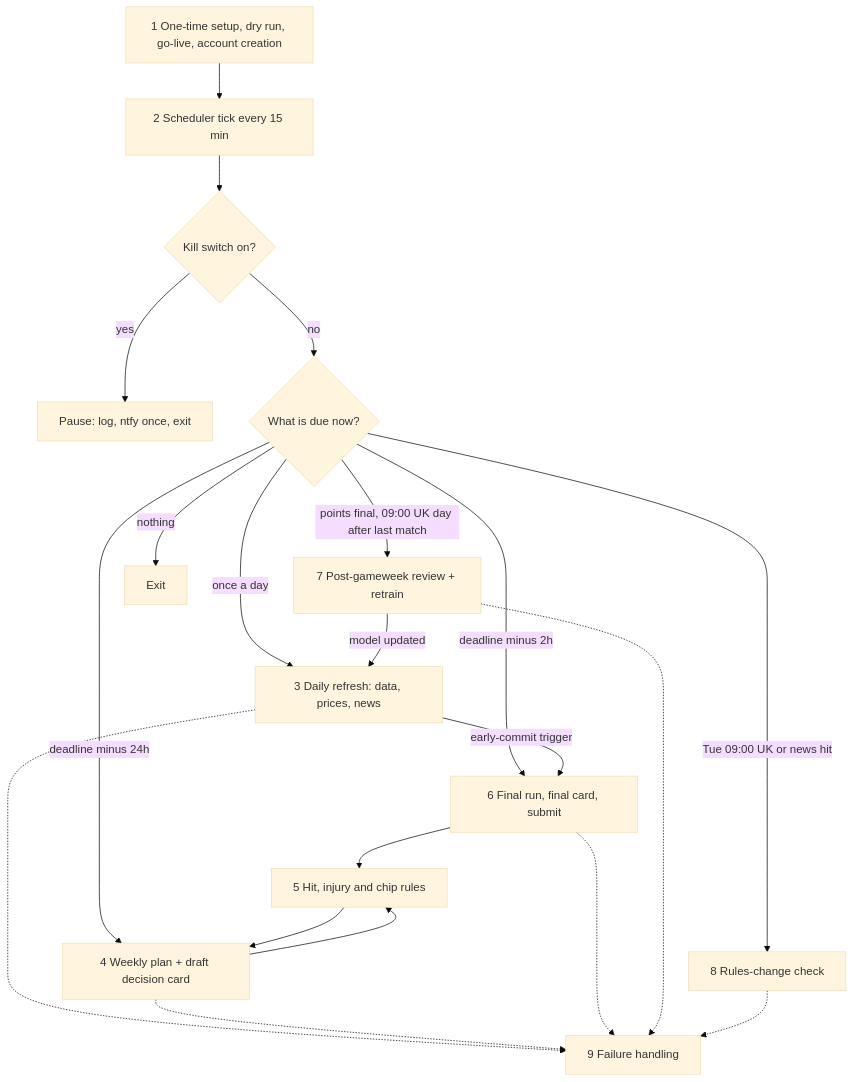
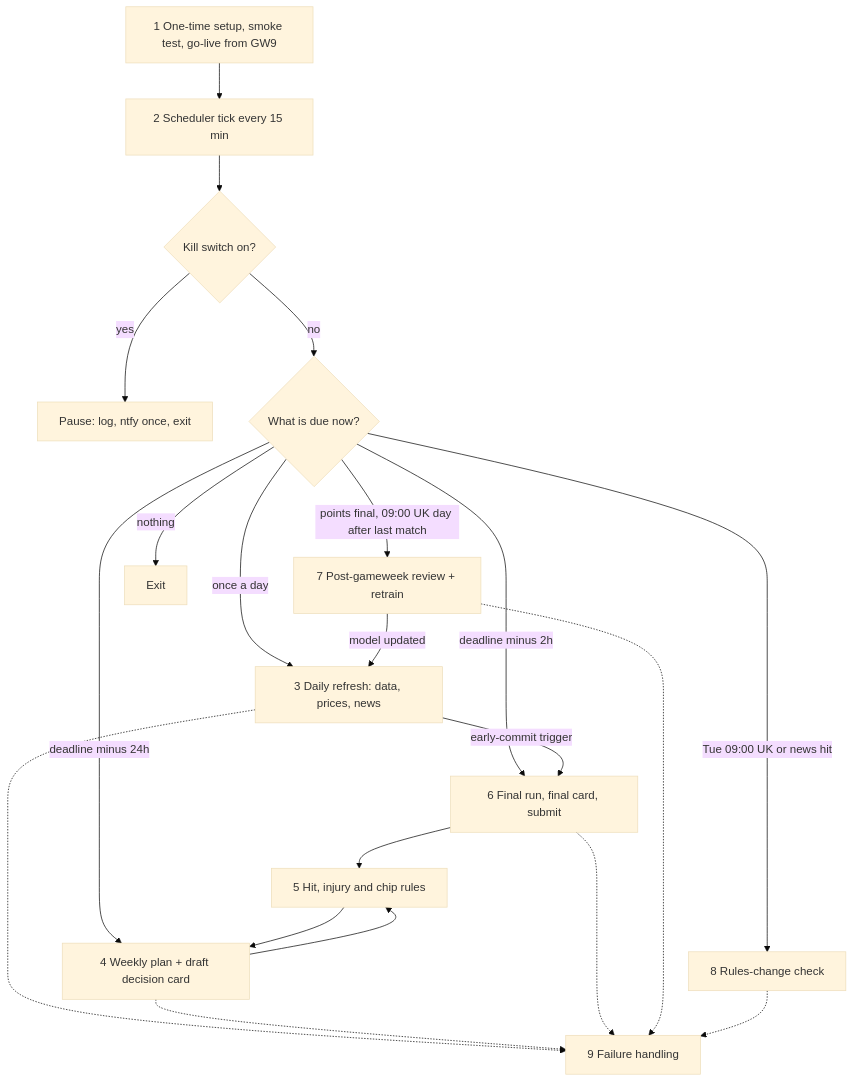
Before and after one commit to GolugulaVishnu/FPL_bot: the first of 10 diagrams in docs/system-flow.md, drawn with Mermaid (base theme). The commit also changed other lines of this file and 11 other files, not shown here.

First line of the commit message:
Play from GW9: squad optimiser, chip check, decision cards; drop dry run

````diff
--- a/docs/system-flow.md
+++ b/docs/system-flow.md
@@ -11,23 +11,23 @@
 ```mermaid
 flowchart TD
-  S1["1 One-time setup, dry run, go-live, account creation"] --> T2["2 Scheduler tick every 15 min"]
+  S1["1 One-time setup, smoke test, go-live from GW9"] --> T2["2 Scheduler tick every 15 min"]
   T2 --> KS{"Kill switch on?"}
   KS -- yes --> PZ["Pause: log, ntfy once, exit"]
   KS -- no --> DUE{"What is due now?"}
   DUE -- "once a day" --> D3["3 Daily refresh: data, prices, news"]
   DUE -- "deadline minus 24h" --> P4["4 Weekly plan + draft decision card"]
   DUE -- "deadline minus 2h" --> F6["6 Final run, final card, submit"]
   DUE -- "points final, 09:00 UK day after last match" --> R7["7 Post-gameweek review + retrain"]
   DUE -- "Tue 09:00 UK or news hit" --> C8["8 Rules-change check"]
   DUE -- "nothing" --> EX["Exit"]
   D3 -- "early-commit trigger" --> F6
   P4 --> RU5["5 Hit, injury and chip rules"]
   RU5 --> P4
   F6 --> RU5
   D3 -.-> E9["9 Failure handling"]
   P4 -.-> E9
   F6 -.-> E9
   R7 -.-> E9
   C8 -.-> E9
   R7 -- "model updated" --> D3
 ```
````
